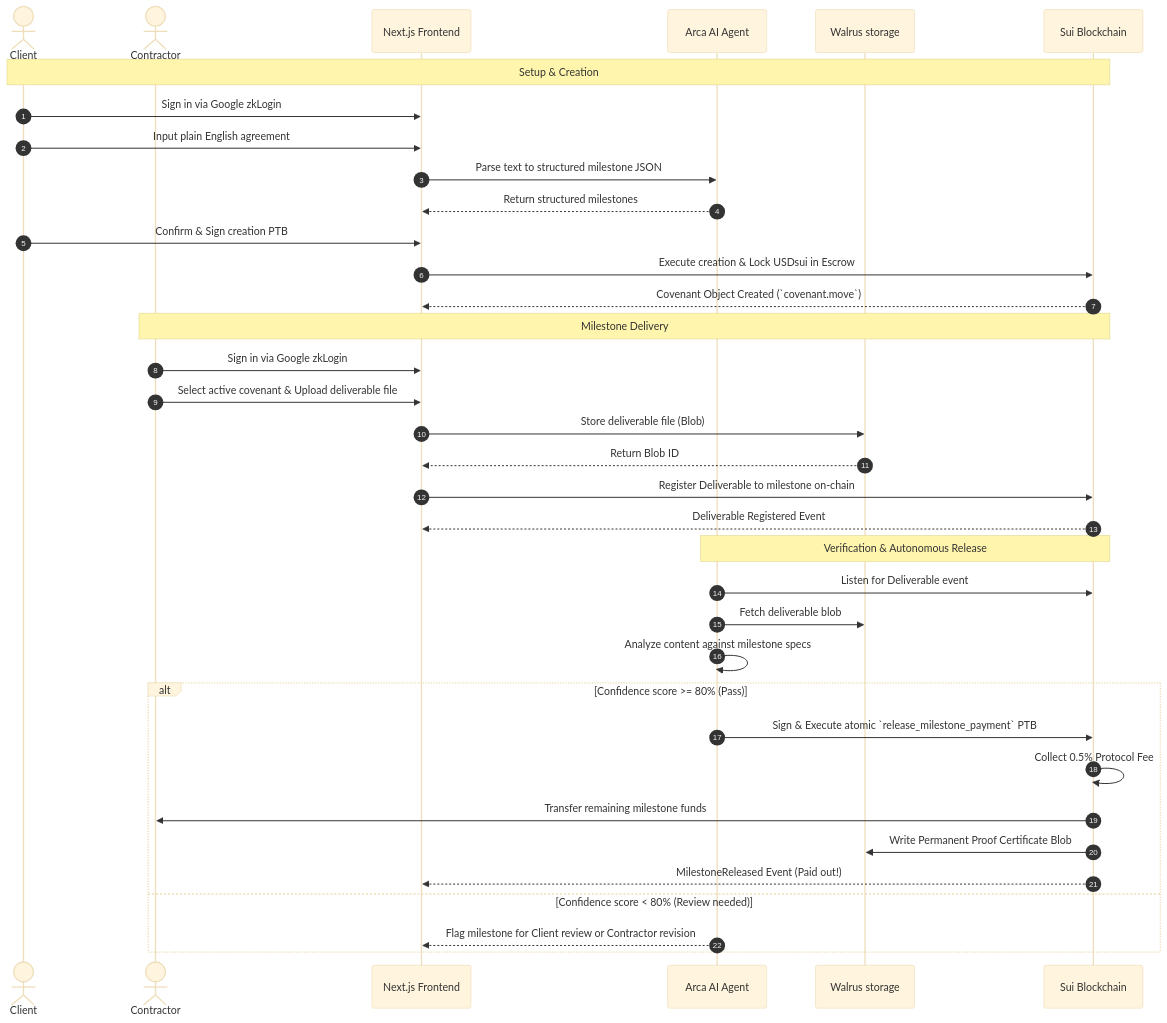
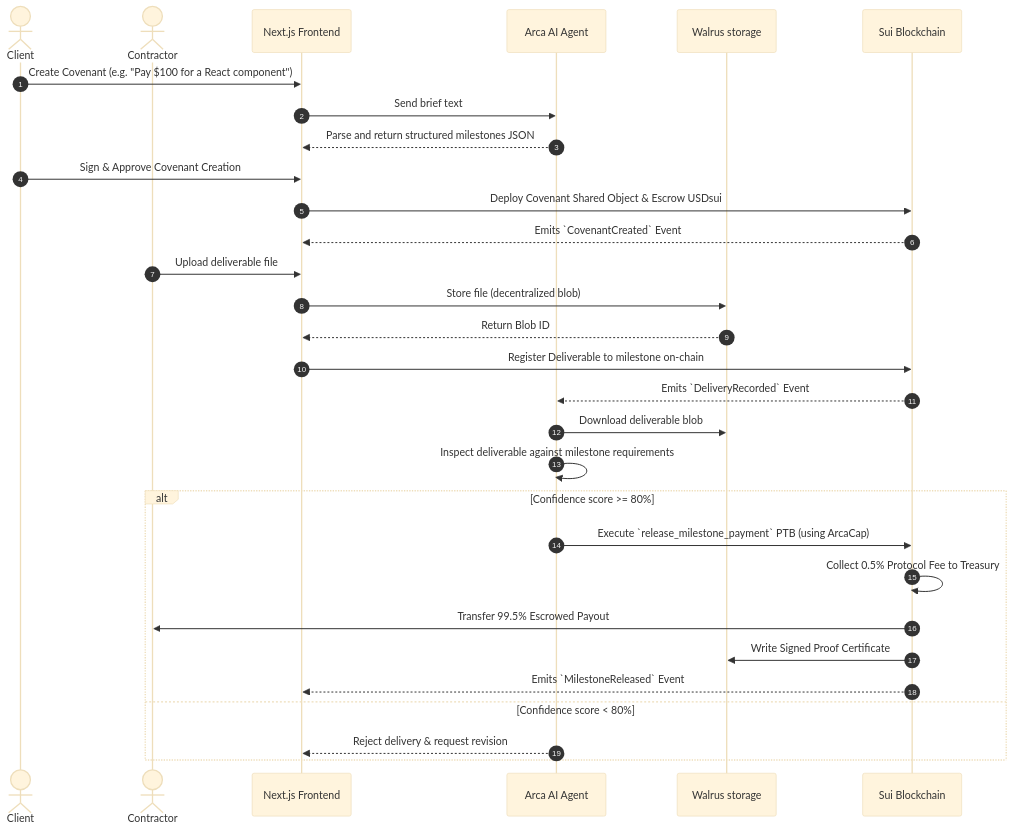
Before and after one commit to SamuelDharshi/Accord: the diagram in README.md, drawn with Mermaid (base theme). The commit also changed other lines of this file, not shown here.

Commit message:
docs: expand README.md with detailed layers, ecosystem code snippets, and system architecture

````diff
--- a/README.md
+++ b/README.md
@@ -69,41 +77,35 @@
 ```mermaid
 sequenceDiagram
     autonumber
     actor Client
     actor Contractor
     participant UI as Next.js Frontend
     participant Agent as Arca AI Agent
     participant Walrus as Walrus storage
     participant Sui as Sui Blockchain
 
-    Note over Client, Sui: Setup & Creation
-    Client->>UI: Sign in via Google zkLogin
-    Client->>UI: Input plain English agreement
-    UI->>Agent: Parse text to structured milestone JSON
-    Agent-->>UI: Return structured milestones
-    Client->>UI: Confirm & Sign creation PTB
-    UI->>Sui: Execute creation & Lock USDsui in Escrow
-    Sui-->>UI: Covenant Object Created (`covenant.move`)
-    
-    Note over Contractor, Sui: Milestone Delivery
-    Contractor->>UI: Sign in via Google zkLogin
-    Contractor->>UI: Select active covenant & Upload deliverable file
-    UI->>Walrus: Store deliverable file (Blob)
+    Client->>UI: Create Covenant (e.g. "Pay $100 for a React component")
+    UI->>Agent: Send brief text
+    Agent-->>UI: Parse and return structured milestones JSON
+    Client->>UI: Sign & Approve Covenant Creation
+    UI->>Sui: Deploy Covenant Shared Object & Escrow USDsui
+    Sui-->>UI: Emits `CovenantCreated` Event
+
+    Contractor->>UI: Upload deliverable file
+    UI->>Walrus: Store file (decentralized blob)
     Walrus-->>UI: Return Blob ID
     UI->>Sui: Register Deliverable to milestone on-chain
-    Sui-->>UI: Deliverable Registered Event
+    Sui-->>Agent: Emits `DeliveryRecorded` Event
 
-    Note over Agent, Sui: Verification & Autonomous Release
-    Agent->>Sui: Listen for Deliverable event
-    Agent->>Walrus: Fetch deliverable blob
-    Agent->>Agent: Analyze content against milestone specs
-    alt Confidence score >= 80% (Pass)
-        Agent->>Sui: Sign & Execute atomic `release_milestone_payment` PTB
-        Sui->>Sui: Collect 0.5% Protocol Fee
-        Sui->>Contractor: Transfer remaining milestone funds
-        Sui->>Walrus: Write Permanent Proof Certificate Blob
-        Sui-->>UI: MilestoneReleased Event (Paid out!)
-    else Confidence score < 80% (Review needed)
-        Agent-->>UI: Flag milestone for Client review or Contractor revision
+    Agent->>Walrus: Download deliverable blob
+    Agent->>Agent: Inspect deliverable against milestone requirements
+    alt Confidence score >= 80%
+        Agent->>Sui: Execute `release_milestone_payment` PTB (using ArcaCap)
+        Sui->>Sui: Collect 0.5% Protocol Fee to Treasury
+        Sui->>Contractor: Transfer 99.5% Escrowed Payout
+        Sui->>Walrus: Write Signed Proof Certificate
+        Sui-->>UI: Emits `MilestoneReleased` Event
+    else Confidence score < 80%
+        Agent-->>UI: Reject delivery & request revision
     end
 ```
````
